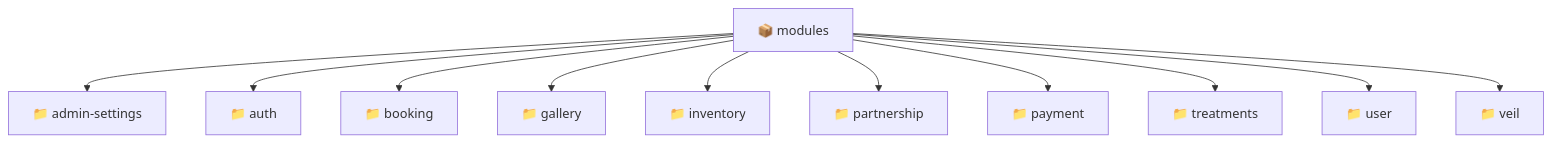
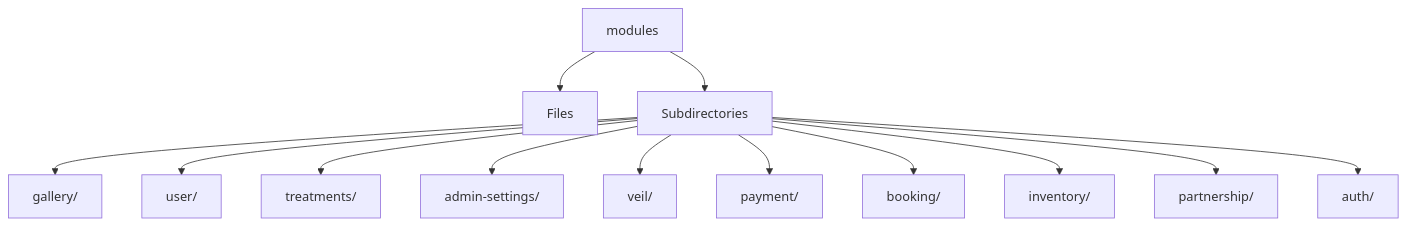
Before and after one commit to beginwebdev2002/fullstack-mavluda: the diagram in backend/src/modules/README.md, drawn with Mermaid. The commit also changed other lines of this file and 167 other files, not shown here.

````diff
--- a/backend/src/modules/README.md
+++ b/backend/src/modules/README.md
@@ -9,14 +12,15 @@
 ```mermaid
 graph TD
-  modules["📦 modules"]
-  modules --> admin_settings["📁 admin-settings"]
-  modules --> auth["📁 auth"]
-  modules --> booking["📁 booking"]
-  modules --> gallery["📁 gallery"]
-  modules --> inventory["📁 inventory"]
-  modules --> partnership["📁 partnership"]
-  modules --> payment["📁 payment"]
-  modules --> treatments["📁 treatments"]
-  modules --> user["📁 user"]
-  modules --> veil["📁 veil"]
+  modules --> Files
+  modules --> Subdirectories
+  Subdirectories --> gallery[gallery/]
+  Subdirectories --> user[user/]
+  Subdirectories --> treatments[treatments/]
+  Subdirectories --> admin_settings[admin-settings/]
+  Subdirectories --> veil[veil/]
+  Subdirectories --> payment[payment/]
+  Subdirectories --> booking[booking/]
+  Subdirectories --> inventory[inventory/]
+  Subdirectories --> partnership[partnership/]
+  Subdirectories --> auth[auth/]
 ```
````
